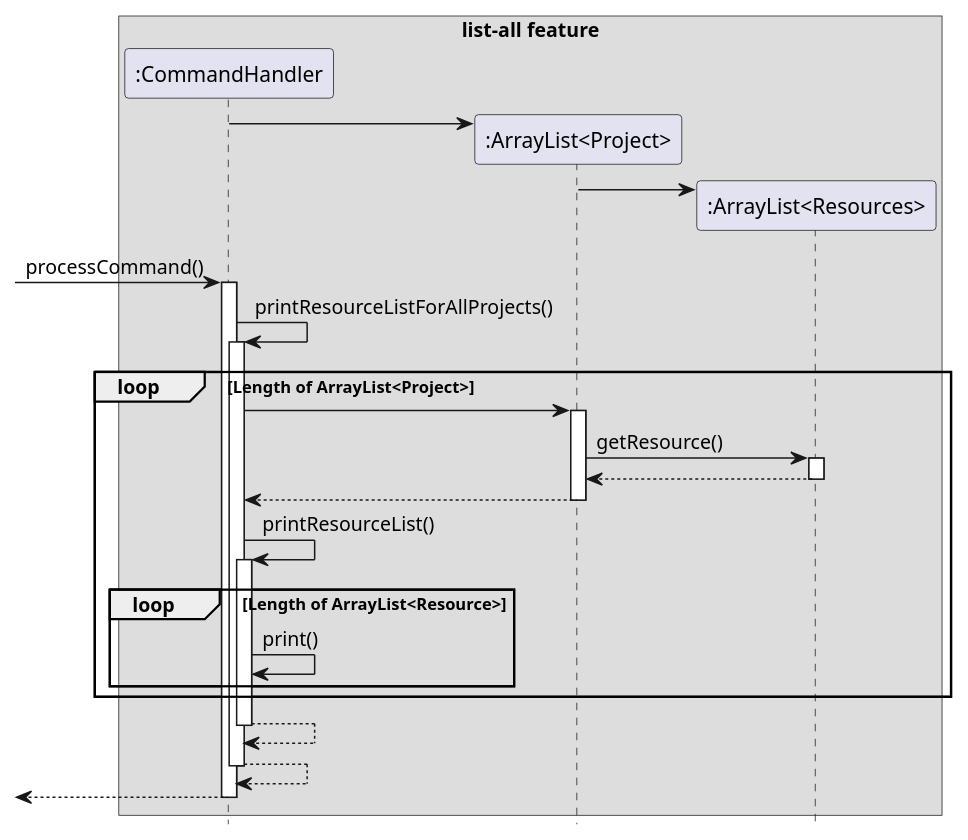
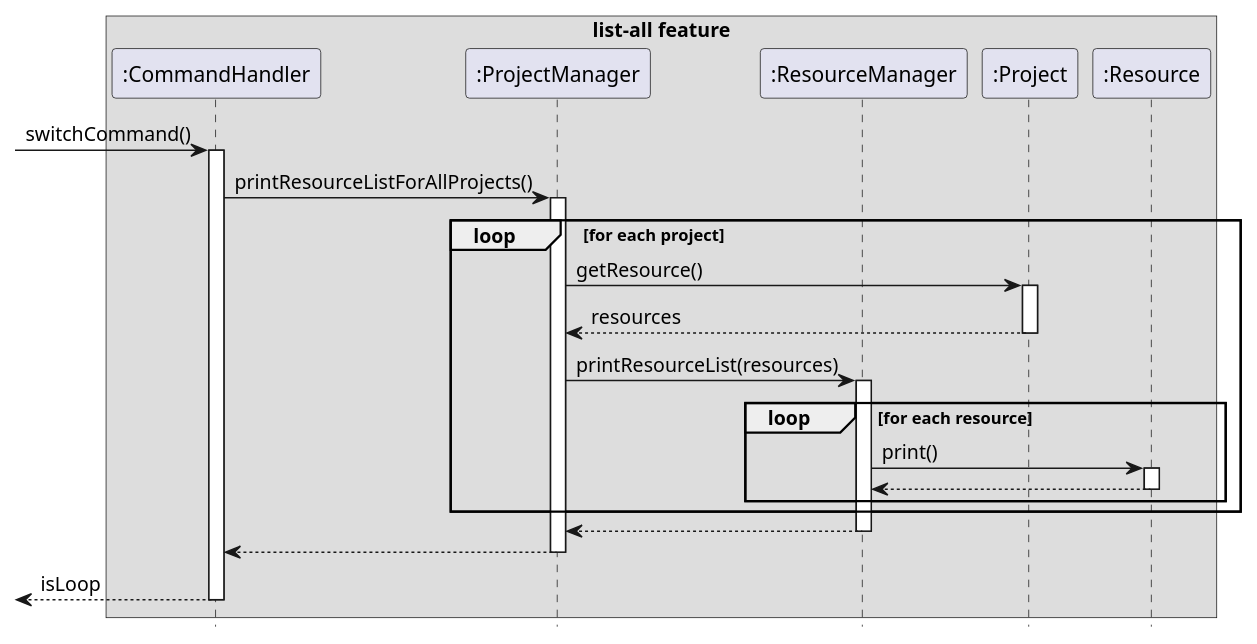
The diagram in docs/PlantUML/listfinal.puml (s-t-e-f/tp), drawn with PlantUML before and after one commit. The commit also changed 1 other file, not shown here.

Commit message:
Improve list-all sequence diagram.

```diff
--- a/docs/PlantUML/listfinal.puml
+++ b/docs/PlantUML/listfinal.puml
@@ -1,43 +1,32 @@
 @startuml
 hide footbox
 box list-all feature
 participant ":CommandHandler" as CH
-'participant "P1:Project" as P1
-'participant "P2:Project" as P2
-'participant "P3:Project" as P3
-participant ":ArrayList<Project>" as PA
-participant ":ArrayList<Resources>" as RA
+participant ":ProjectManager" as PM
+participant ":ResourceManager" as RM
+participant ":Project" as P
+participant ":Resource" as R
 
-
-create PA
-CH -> PA
-
-create RA
-PA -> RA
-
-[-> CH: processCommand()
+[-> CH: switchCommand()
 activate CH
 
-CH -> CH: printResourceListForAllProjects()
-activate CH
+CH -> PM: printResourceListForAllProjects()
+activate PM
 
-loop Length of ArrayList<Project>
-    CH -> PA
-    activate PA
-    PA -> RA: getResource()
-    activate RA
-    return
-    return
-    CH -> CH: printResourceList()
-    activate CH
-    loop Length of ArrayList<Resource>
-        CH -> CH: print()
+loop for each project
+    PM -> P: getResource()
+    activate P
+    return resources
+    PM -> RM: printResourceList(resources)
+    activate RM
+    loop for each resource
+        RM->R: print()
+        activate R
+        return
     end
 end
-endbox
 return
 return
-
-return
+return isLoop
 
 @enduml
```
